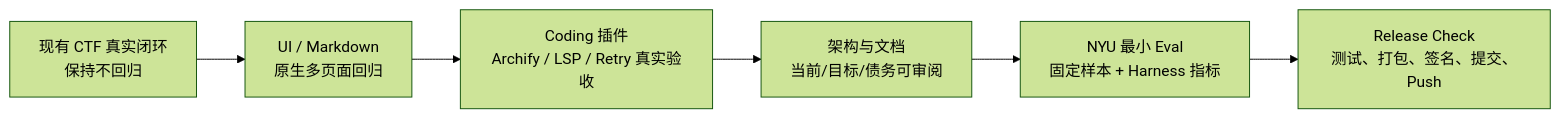
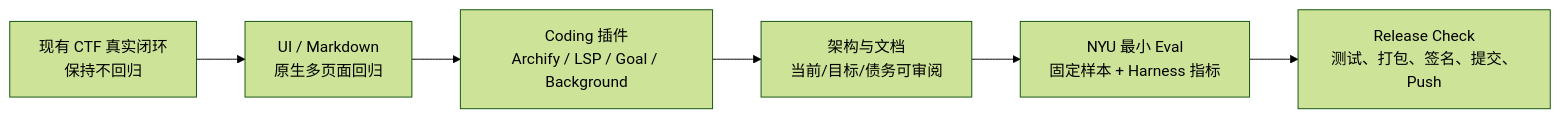
The second of 3 diagrams in docs/architecture/m3-r04-boundary-and-debt.md (MilkSU-Official/milksu), drawn with Mermaid (forest theme) before and after one commit. The commit also changed other lines of this file and 4 other files, not shown here.

````diff
--- a/docs/architecture/m3-r04-boundary-and-debt.md
+++ b/docs/architecture/m3-r04-boundary-and-debt.md
@@ -69,11 +70,11 @@
 ```mermaid
 flowchart LR
     ctf["现有 CTF 真实闭环<br/>保持不回归"]
     ui["UI / Markdown<br/>原生多页面回归"]
-    coding["Coding 插件<br/>Archify / LSP / Retry 真实验收"]
+    coding["Coding 插件<br/>Archify / LSP / Goal / Background"]
     docs["架构与文档<br/>当前/目标/债务可审阅"]
     eval["NYU 最小 Eval<br/>固定样本 + Harness 指标"]
     release["Release Check<br/>测试、打包、签名、提交、Push"]
 
     ctf --> ui --> coding --> docs --> eval --> release
 ```
````
